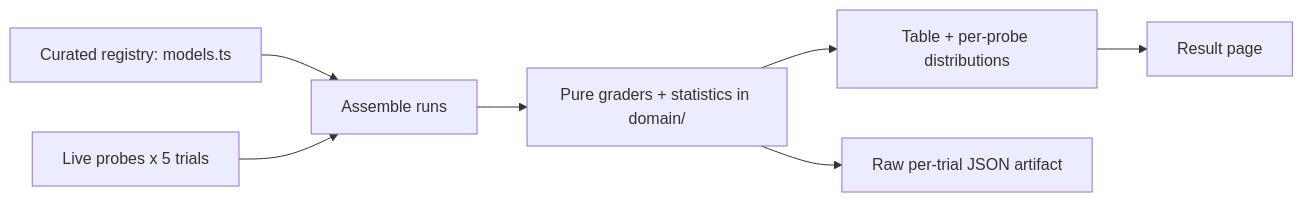
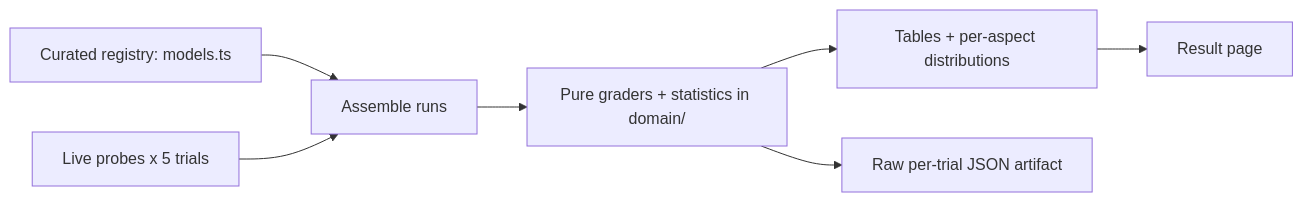
One commit to qmu/research changed the diagram in docs/research-reports/llm-model-comparison.md. Above: the diagram before and after it, drawn with Mermaid. The commit also changed other lines of this file and 6 other files, not shown here.

````diff
--- a/docs/research-reports/llm-model-comparison.md
+++ b/docs/research-reports/llm-model-comparison.md
@@ -18,9 +44,9 @@
 ```mermaid
 flowchart LR
   R[Curated registry: models.ts] --> A[Assemble runs]
   P[Live probes x 5 trials] --> A
   A --> G[Pure graders + statistics in domain/]
-  G --> T[Table + per-probe distributions]
+  G --> T[Tables + per-aspect distributions]
   G --> J[Raw per-trial JSON artifact]
   T --> Page[Result page]
 ```
````
